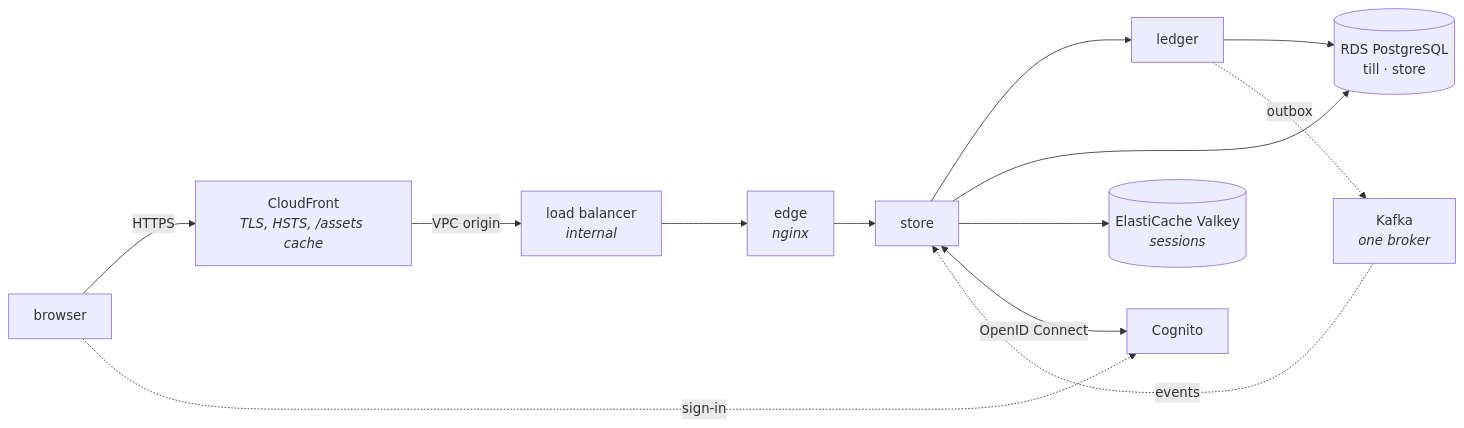
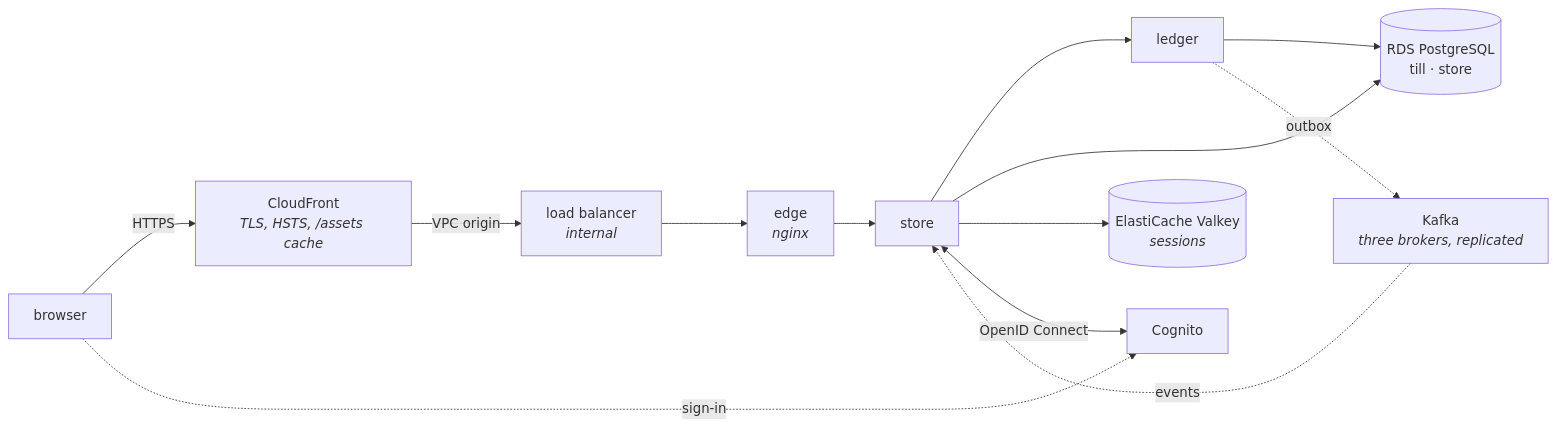
Before and after one commit to jason-te-sde/till: the diagram in infra/README.md, drawn with Mermaid. The commit also changed other lines of this file and 15 other files, not shown here.

````diff
--- a/infra/README.md
+++ b/infra/README.md
@@ -11,15 +11,15 @@
 ```mermaid
 flowchart LR
     B["browser"] -->|HTTPS| CF["CloudFront<br/><i>TLS, HSTS, /assets cache</i>"]
     CF -->|VPC origin| ALB["load balancer<br/><i>internal</i>"]
     ALB --> E["edge<br/><i>nginx</i>"]
     E --> S["store"]
     S --> L["ledger"]
     L --> DB[("RDS PostgreSQL<br/>till · store")]
     S --> DB
     S --> R[("ElastiCache Valkey<br/><i>sessions</i>")]
-    L -. outbox .-> K["Kafka<br/><i>one broker</i>"]
+    L -. outbox .-> K["Kafka<br/><i>three brokers, replicated</i>"]
     K -. events .-> S
     S <-->|OpenID Connect| C["Cognito"]
     B -. sign-in .-> C
 ```
````
